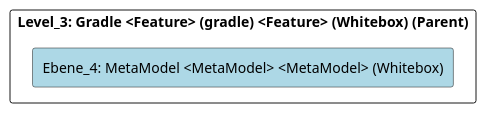
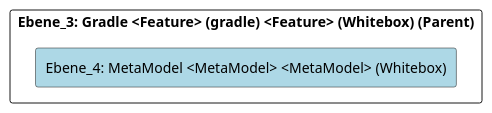
One commit to marcozwyssig/cleon changed the diagram in doc/cleonproject_deliverables_architecture_model_architecture/adoc/de/05_bausteinsicht/cleon/building/gradle/metamodel/ebene_4_metamodel.adoc. Above: the diagram before and after it, drawn with PlantUML. The commit also changed other lines of this file and 620 other files, not shown here.

```diff
--- a/doc/cleonproject_deliverables_architecture_model_architecture/adoc/de/05_bausteinsicht/cleon/building/gradle/metamodel/ebene_4_metamodel.adoc
+++ b/doc/cleonproject_deliverables_architecture_model_architecture/adoc/de/05_bausteinsicht/cleon/building/gradle/metamodel/ebene_4_metamodel.adoc
@@ -20,24 +20,24 @@
 [plantuml, Ebene_4: MetaModel <MetaModel> <MetaModel> (Whitebox)BlockOverview, format="svg"]
 ----
 @startuml Ebene_4: MetaModel <MetaModel> <MetaModel> (Whitebox)BuildingBlockOverview
 
 skinparam ranksep 10
 skinparam componentStyle rectangle
 skinparam shadowing false
 skinparam arrowColor lightblue
 skinparam arrowThickness 1.2
 skinparam rectangle {
   BackgroundColor White
   BorderColor #333
   RoundCorner 10
 }
 top to bottom direction
 
-component "Level_3: Gradle <Feature> (gradle) <Feature> (Whitebox) (Parent)" {
+component "Ebene_3: Gradle <Feature> (gradle) <Feature> (Whitebox) (Parent)" {
     component "Ebene_4: MetaModel <MetaModel> <MetaModel> (Whitebox)" #lightblue {
     }
 
 }
 
 @enduml
 ----
```
